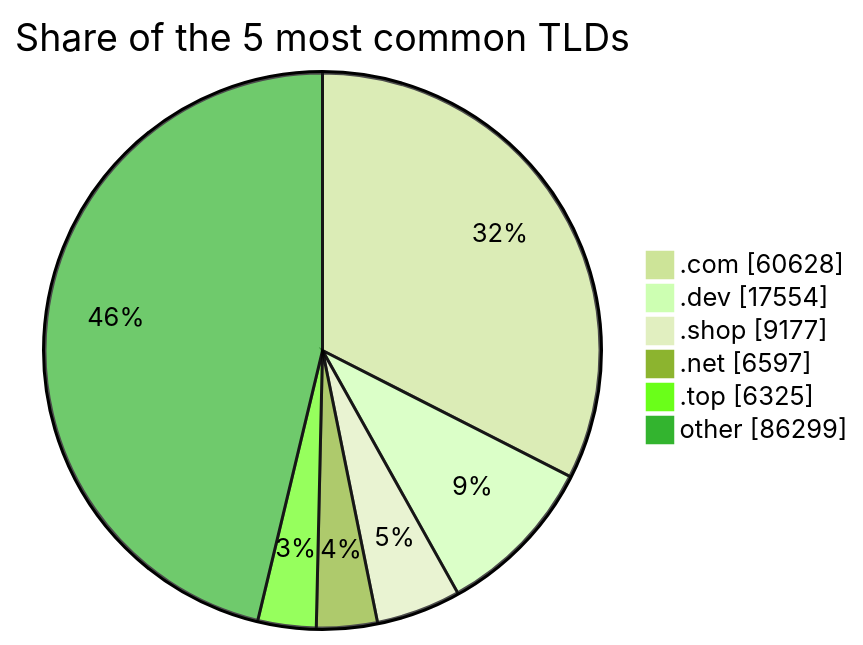
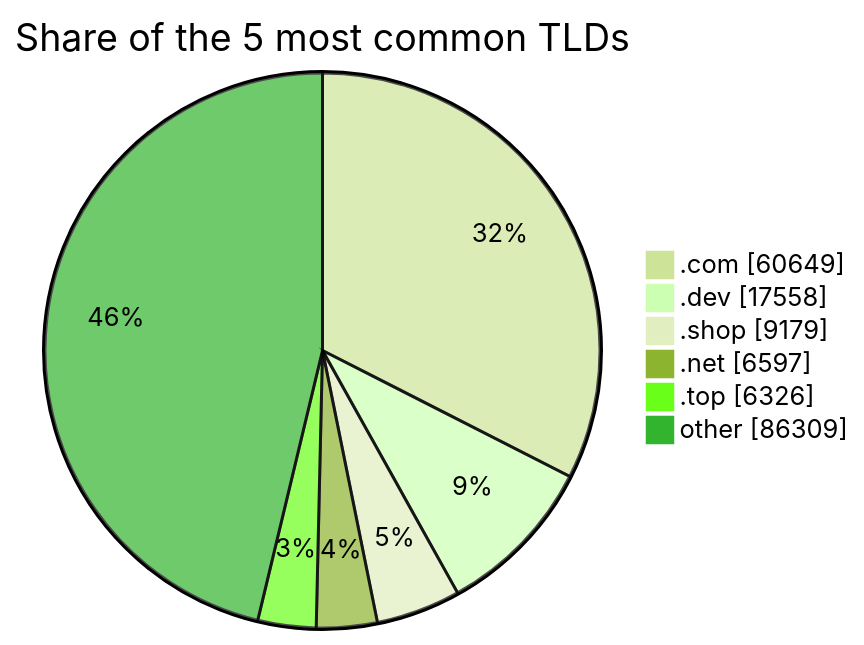
Before and after one commit to DNSBunker/CTI: the third of 3 diagrams in README.md, drawn with Mermaid (forest theme). The commit also changed other lines of this file and 3 other files, not shown here.

````diff
--- a/README.md
+++ b/README.md
@@ -81,9 +81,9 @@
 ```mermaid
 pie showData title Share of the 5 most common TLDs
-    ".com" : 60628
-    ".dev" : 17554
-    ".shop" : 9177
+    ".com" : 60649
+    ".dev" : 17558
+    ".shop" : 9179
     ".net" : 6597
-    ".top" : 6325
-    "other" : 86299
+    ".top" : 6326
+    "other" : 86309
 ```
````
